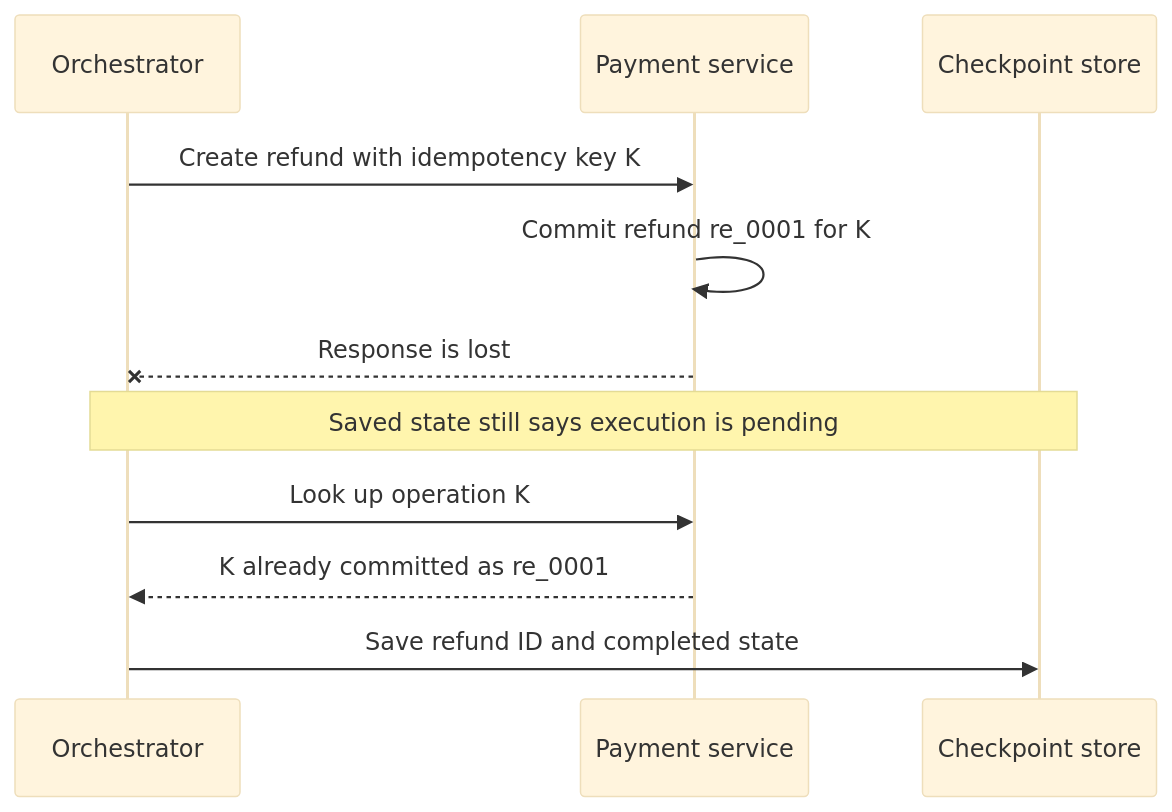
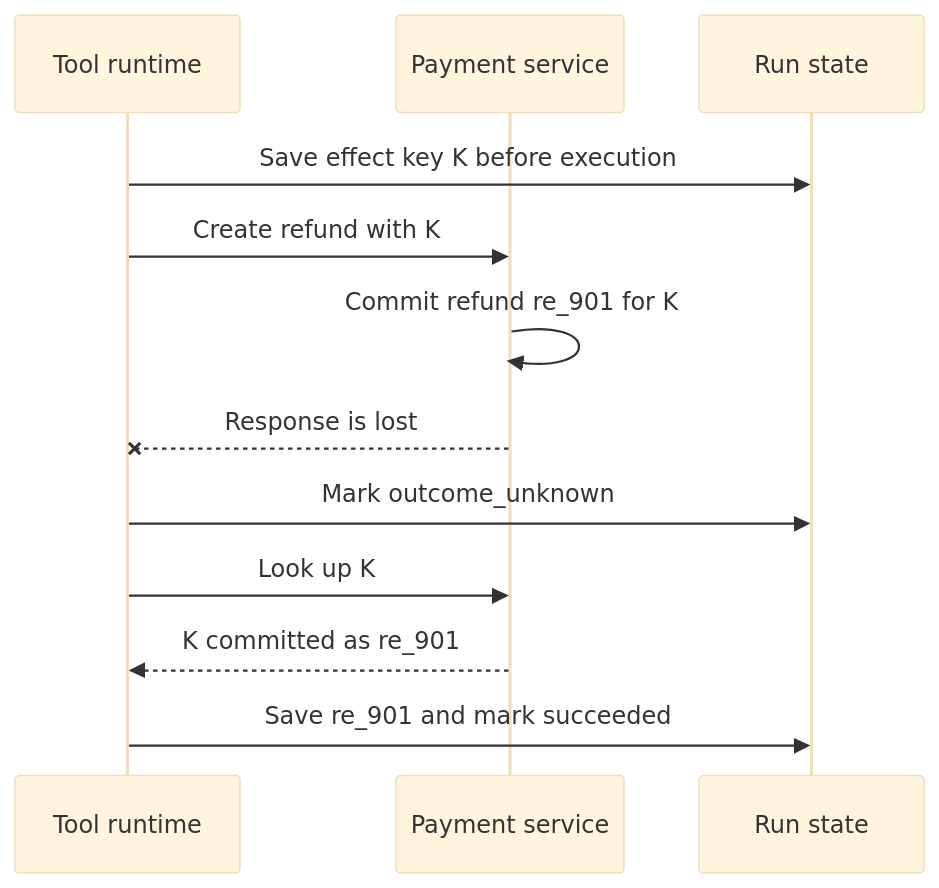
The third of 4 diagrams in roadmaps/mlops/modules/llmops/harness-engineering/02-tool-runtime-design.md (senlinyy/dev-roadmaps), drawn with Mermaid (base theme) before and after one commit. The commit also changed other lines of this file and 198 other files, not shown here.

````diff
--- a/roadmaps/mlops/modules/llmops/harness-engineering/02-tool-runtime-design.md
+++ b/roadmaps/mlops/modules/llmops/harness-engineering/02-tool-runtime-design.md
@@ -169,14 +246,15 @@
 ```mermaid
 sequenceDiagram
-    participant O as Orchestrator
-    participant P as Payment service
-    participant C as Checkpoint store
+    participant Runtime as Tool runtime
+    participant Payments as Payment service
+    participant State as Run state
 
-    O->>P: Create refund with idempotency key K
-    P->>P: Commit refund re_0001 for K
-    P--xO: Response is lost
-    Note over O,C: Saved state still says execution is pending
-    O->>P: Look up operation K
-    P-->>O: K already committed as re_0001
-    O->>C: Save refund ID and completed state
+    Runtime->>State: Save effect key K before execution
+    Runtime->>Payments: Create refund with K
+    Payments->>Payments: Commit refund re_901 for K
+    Payments--xRuntime: Response is lost
+    Runtime->>State: Mark outcome_unknown
+    Runtime->>Payments: Look up K
+    Payments-->>Runtime: K committed as re_901
+    Runtime->>State: Save re_901 and mark succeeded
 ```
````
